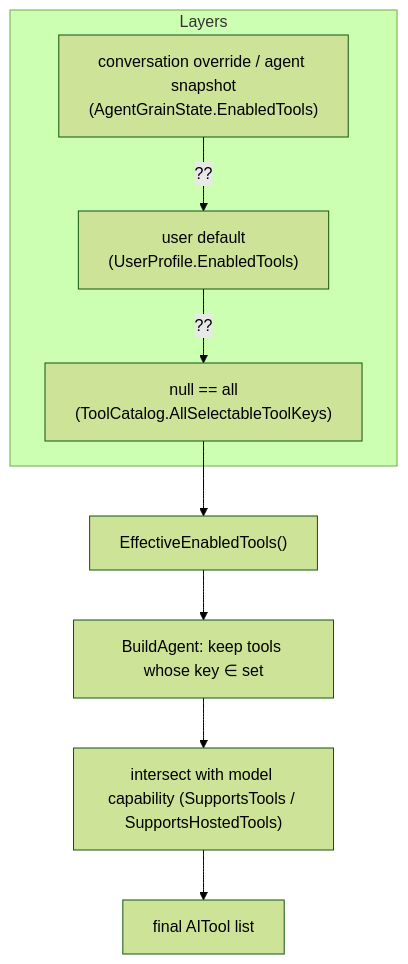
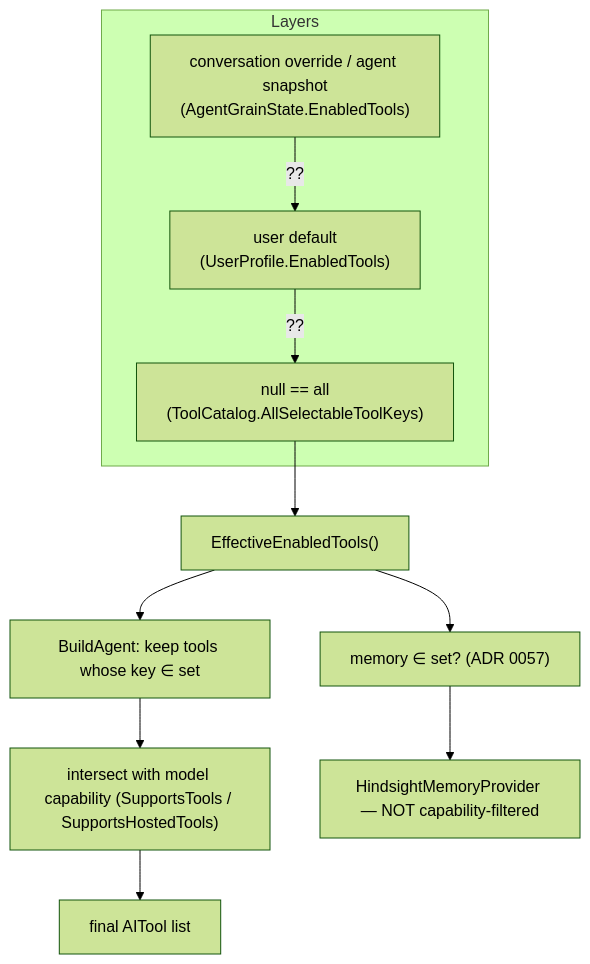
Before and after one commit to Expecho/Agent42: the diagram in docs/features/tool-selection.md, drawn with Mermaid (forest theme). The commit also changed other lines of this file and 17 other files, not shown here.

````diff
--- a/docs/features/tool-selection.md
+++ b/docs/features/tool-selection.md
@@ -25,12 +31,14 @@
 ```mermaid
 flowchart TD
     subgraph Layers
       OV["conversation override / agent snapshot<br/>(AgentGrainState.EnabledTools)"]
       UD["user default<br/>(UserProfile.EnabledTools)"]
       ALL["null == all<br/>(ToolCatalog.AllSelectableToolKeys)"]
     end
     OV -->|"?? "| UD -->|"?? "| ALL --> EFF["EffectiveEnabledTools()"]
     EFF --> FILT["BuildAgent: keep tools whose key ∈ set"]
     FILT --> CAP["intersect with model capability (SupportsTools / SupportsHostedTools)"]
     CAP --> FINAL["final AITool list"]
+    EFF --> MEM["memory ∈ set? (ADR 0057)"]
+    MEM --> PROV["HindsightMemoryProvider — NOT capability-filtered"]
 ```
````
